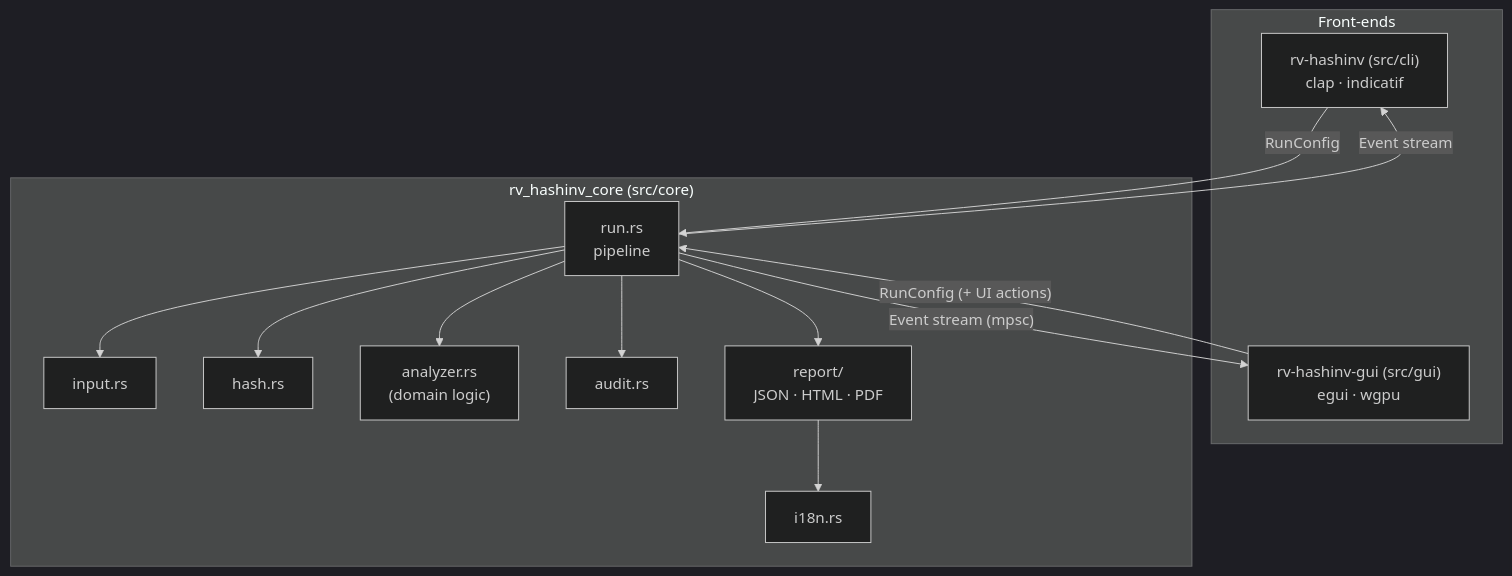
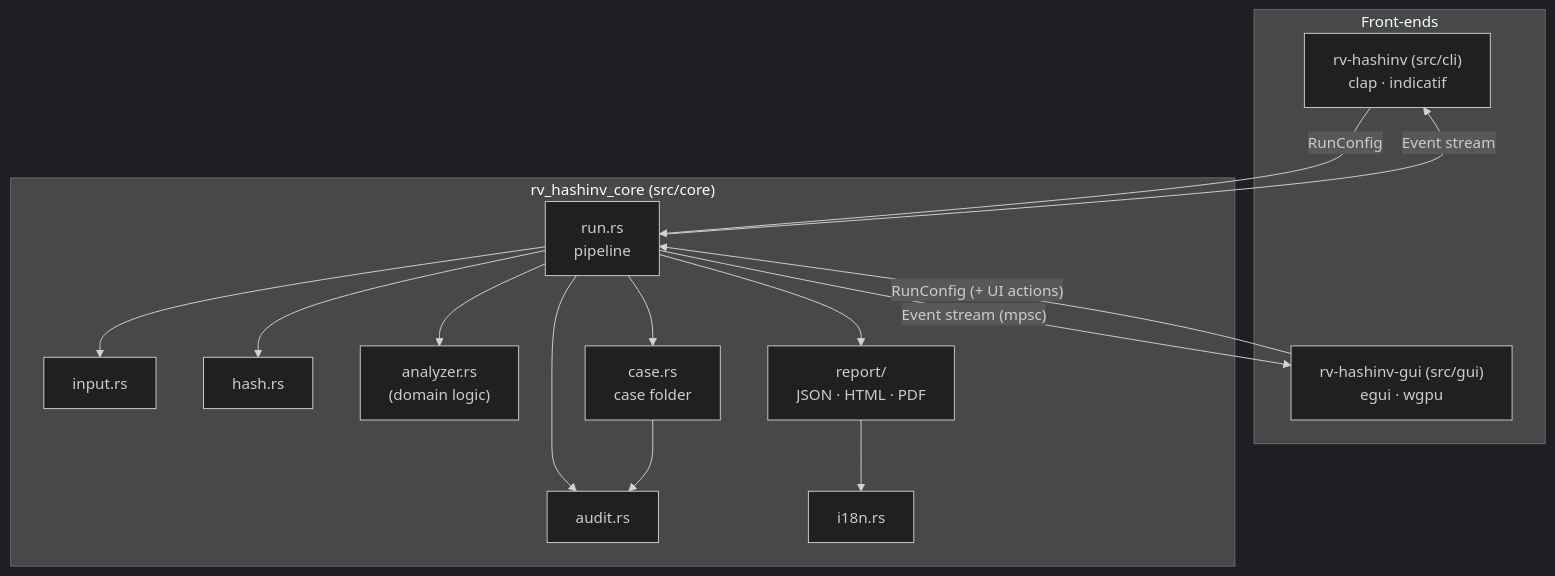
The first of 3 diagrams in docs/architecture.md (Panacota96/rakvor-forge-sample), drawn with Mermaid (dark theme) before and after one commit. The commit also changed other lines of this file and 58 other files, not shown here.

First line of the commit message:
feat: case folder, docs (theory, admissibility, installation, usage), source-auditable licence and review fixes

````diff
--- a/docs/architecture.md
+++ b/docs/architecture.md
@@ -7,22 +7,24 @@
 ```mermaid
 flowchart TB
     subgraph Front-ends
         CLI["rv-hashinv (src/cli)<br/>clap · indicatif"]
         GUI["rv-hashinv-gui (src/gui)<br/>egui · wgpu"]
     end
     subgraph Core["rv_hashinv_core (src/core)"]
         RUN["run.rs<br/>pipeline"]
         IN["input.rs"]
         H["hash.rs"]
         AN["analyzer.rs<br/>(domain logic)"]
         AU["audit.rs"]
+        CA["case.rs<br/>case folder"]
         REP["report/<br/>JSON · HTML · PDF"]
         I18N["i18n.rs"]
     end
     CLI -- RunConfig --> RUN
     GUI -- "RunConfig (+ UI actions)" --> RUN
     RUN -- "Event stream" --> CLI
     RUN -- "Event stream (mpsc)" --> GUI
-    RUN --> IN & H & AN & AU & REP
+    RUN --> IN & H & AN & AU & REP & CA
+    CA --> AU
     REP --> I18N
 ```
````
